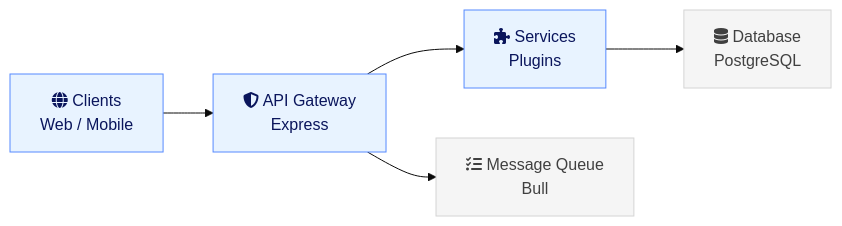
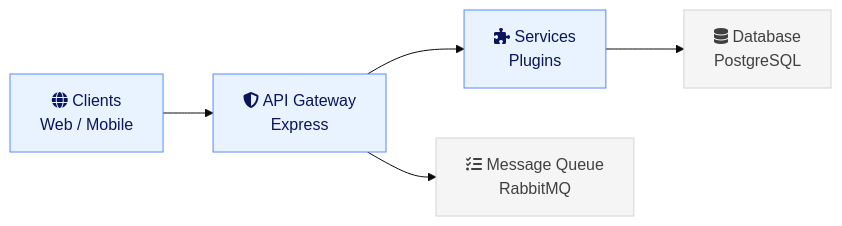
Before and after one commit to hay-chat/hay-docs: the first of 2 diagrams in technical/architecture.md, drawn with Mermaid (base theme). The commit also changed other lines of this file and 18 other files, not shown here.

````diff
--- a/technical/architecture.md
+++ b/technical/architecture.md
@@ -16,18 +16,18 @@
 ```mermaid
 graph LR
   Clients["fa:fa-globe Clients<br/>Web / Mobile"]
   Gateway["fa:fa-shield-halved API Gateway<br/>Express"]
   Services["fa:fa-puzzle-piece Services<br/>Plugins"]
-  Queue["fa:fa-list-check Message Queue<br/>Bull"]
+  Queue["fa:fa-list-check Message Queue<br/>RabbitMQ"]
   DB["fa:fa-database Database<br/>PostgreSQL"]
 
   Clients --> Gateway --> Services
   Gateway --> Queue
   Services --> DB
 
   style Clients fill:#e8f3ff,stroke:#568aff,color:#0a155c
   style Gateway fill:#e8f3ff,stroke:#568aff,color:#0a155c
   style Services fill:#e8f3ff,stroke:#568aff,color:#0a155c
   style Queue fill:#f5f5f5,stroke:#d4d4d4,color:#404040
   style DB fill:#f5f5f5,stroke:#d4d4d4,color:#404040
 ```
````
